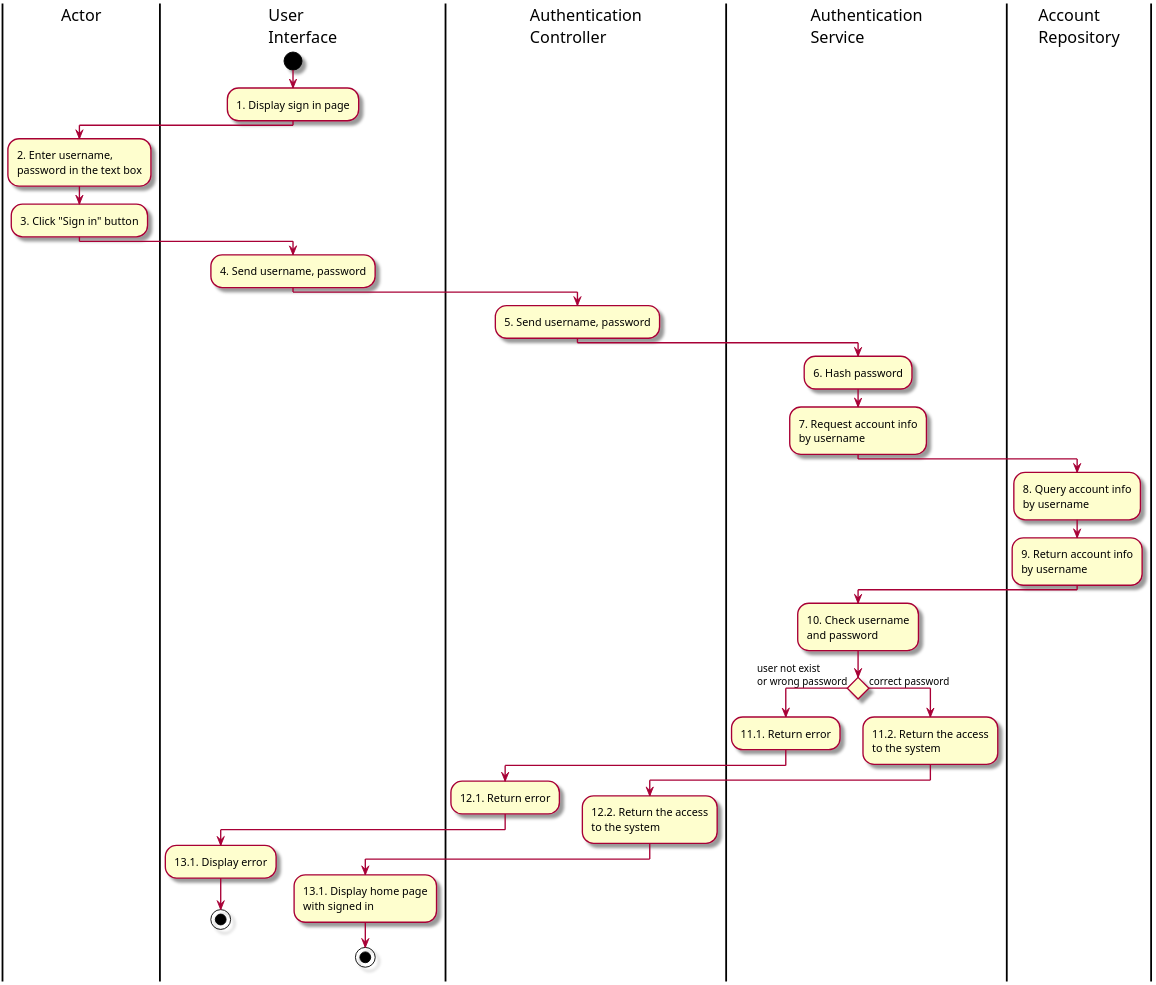
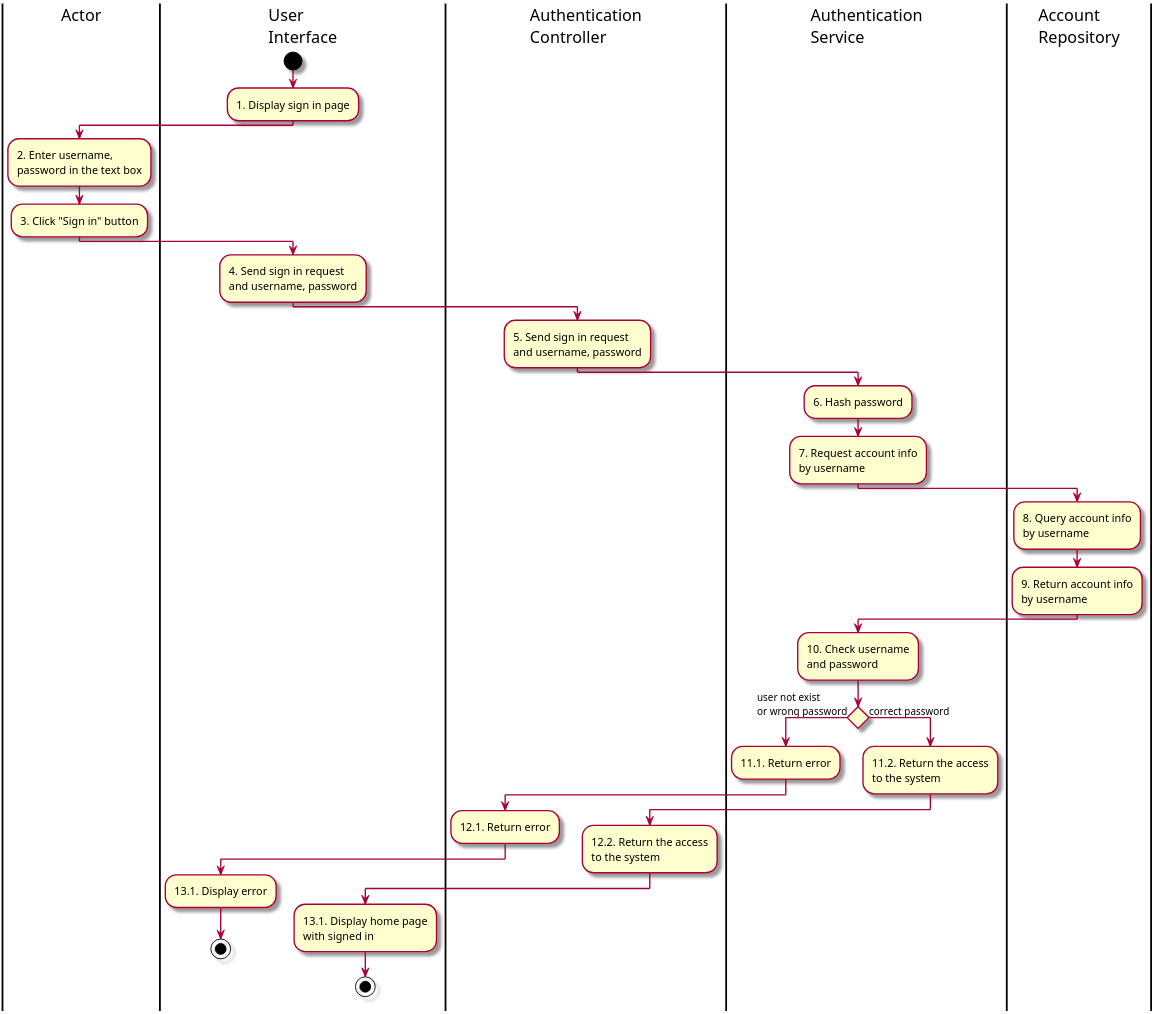
The diagram in Activity/1. ActSignIn.puml (Marowota/ecommerce-plantuml), drawn with PlantUML before and after one commit. The commit also changed 1 other file, not shown here.

```diff
--- a/Activity/1. ActSignIn.puml
+++ b/Activity/1. ActSignIn.puml
@@ -1,45 +1,44 @@
 @startuml ActSignIn
 
 skin rose
 scale 3
 
 |Actor|
 |User\nInterface|
 |Authentication\nController|
 |Authentication\nService|
 |Account\nRepository|
 |User\nInterface|
 start
 :1. Display sign in page;
 |Actor|
 :2. Enter username,\npassword in the text box;
 :3. Click "Sign in" button;
 |User\nInterface|
-:4. Send username, password;
+:4. Send sign in request\nand username, password;
 |Authentication\nController|
-:5. Send username, password;
+:5. Send sign in request\nand username, password;
 |Authentication\nService|
 :6. Hash password;
 :7. Request account info\nby username;
 |Account\nRepository|
 :8. Query account info\nby username;
 :9. Return account info\nby username;
 |Authentication\nService|
 :10. Check username\nand password;
 if () then (user not exist\nor wrong password)
-:11.1. Return error;
-|Authentication\nController|
-:12.1. Return error;
-|User\nInterface|
-:13.1. Display error;
-stop
-
+    :11.1. Return error;
+    |Authentication\nController|
+    :12.1. Return error;
+    |User\nInterface|
+    :13.1. Display error;
+    stop
 else(correct password)
-|Authentication\nService|
-:11.2. Return the access\nto the system;
-|Authentication\nController|
-:12.2. Return the access\nto the system;
-|User\nInterface|
-:13.1. Display home page\nwith signed in;
-stop
+    |Authentication\nService|
+    :11.2. Return the access\nto the system;
+    |Authentication\nController|
+    :12.2. Return the access\nto the system;
+    |User\nInterface|
+    :13.1. Display home page\nwith signed in;
+    stop
 @enduml
```
